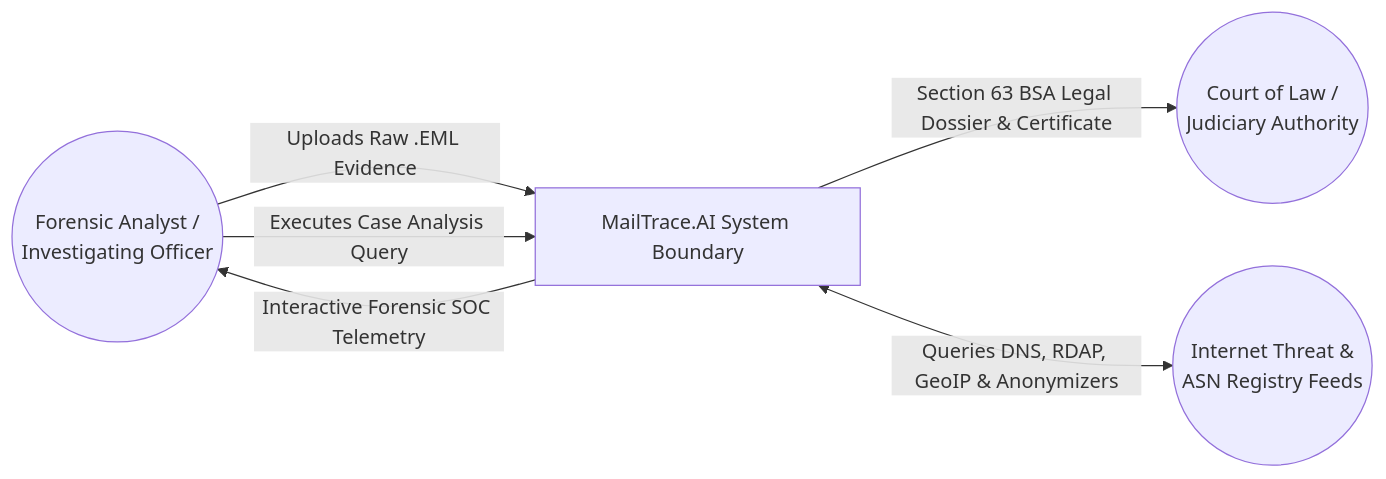
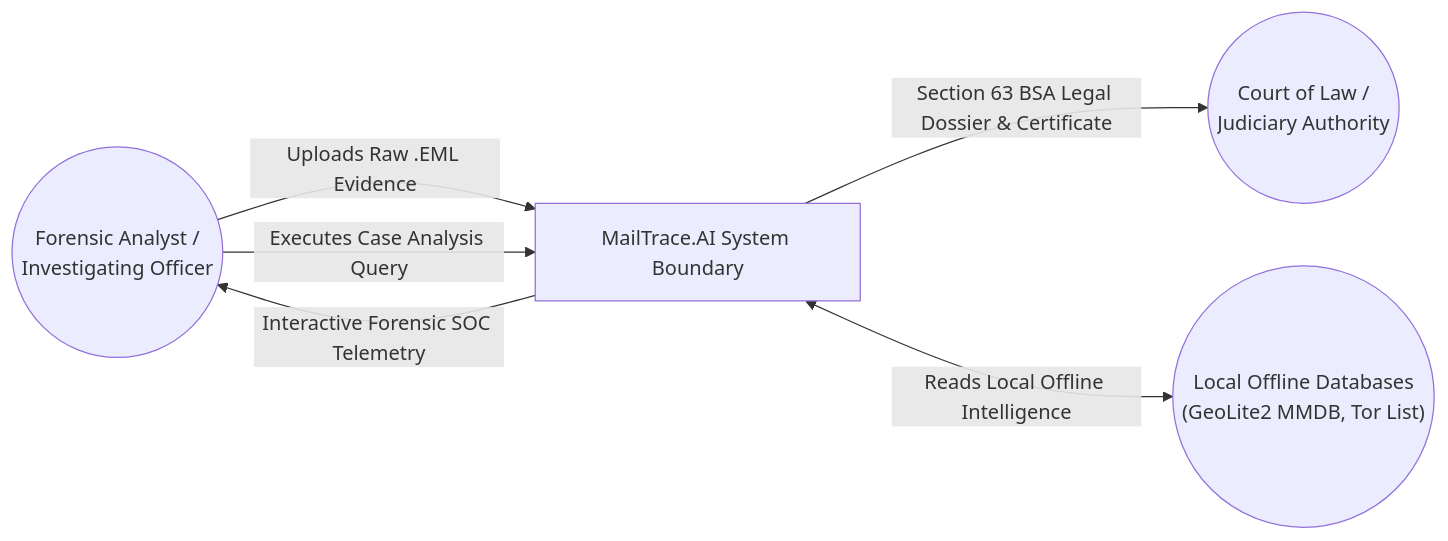
Before and after one commit to rakeshsinghrawat107/MailTrace-AI: the third of 10 diagrams in updated architecture.md, drawn with Mermaid. The commit also changed other lines of this file and 2 other files, not shown here.

Commit message:
fix(map): replace watermarked CartoDB tiles with keyless Esri World Dark Gray & update architecture v3.1.0

````diff
--- a/updated architecture.md
+++ b/updated architecture.md
@@ -162,13 +381,13 @@
 ```mermaid
 flowchart LR
     ANALYST(("Forensic Analyst /<br/>Investigating Officer"))
     SYSTEM["MailTrace.AI System Boundary"]
     LEGAL_COURT(("Court of Law /<br/>Judiciary Authority"))
-    INTEL_NET(("Internet Threat &<br/>ASN Registry Feeds"))
+    INTEL_NET(("Local Offline Databases<br/>(GeoLite2 MMDB, Tor List)"))
 
     ANALYST -->|"Uploads Raw .EML Evidence"| SYSTEM
     ANALYST -->|"Executes Case Analysis Query"| SYSTEM
     SYSTEM -->|"Interactive Forensic SOC Telemetry"| ANALYST
     SYSTEM -->|"Section 63 BSA Legal Dossier & Certificate"| LEGAL_COURT
-    SYSTEM <-->|"Queries DNS, RDAP, GeoIP & Anonymizers"| INTEL_NET
+    SYSTEM <-->|"Reads Local Offline Intelligence"| INTEL_NET
 ```
````
